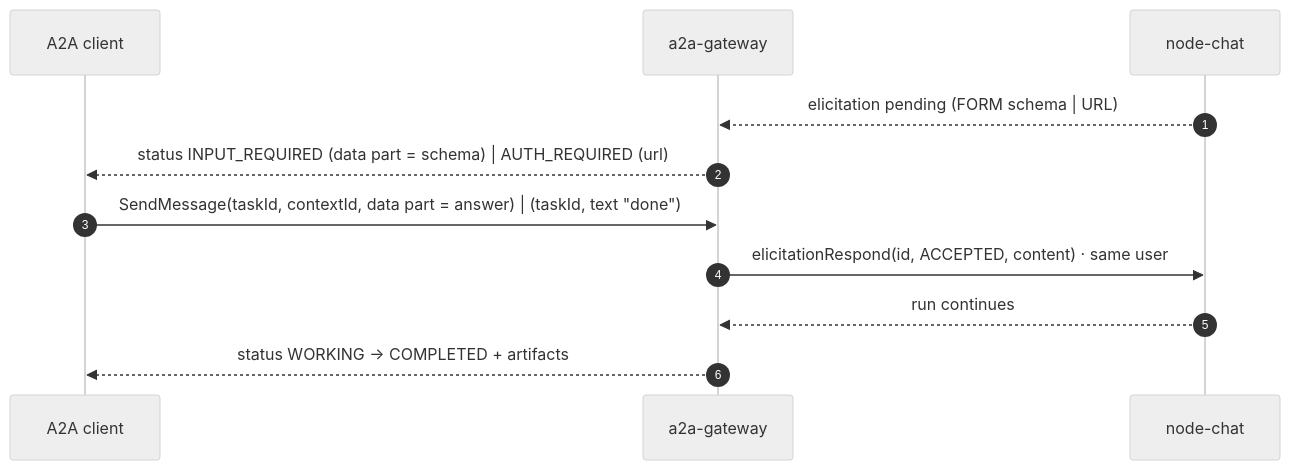
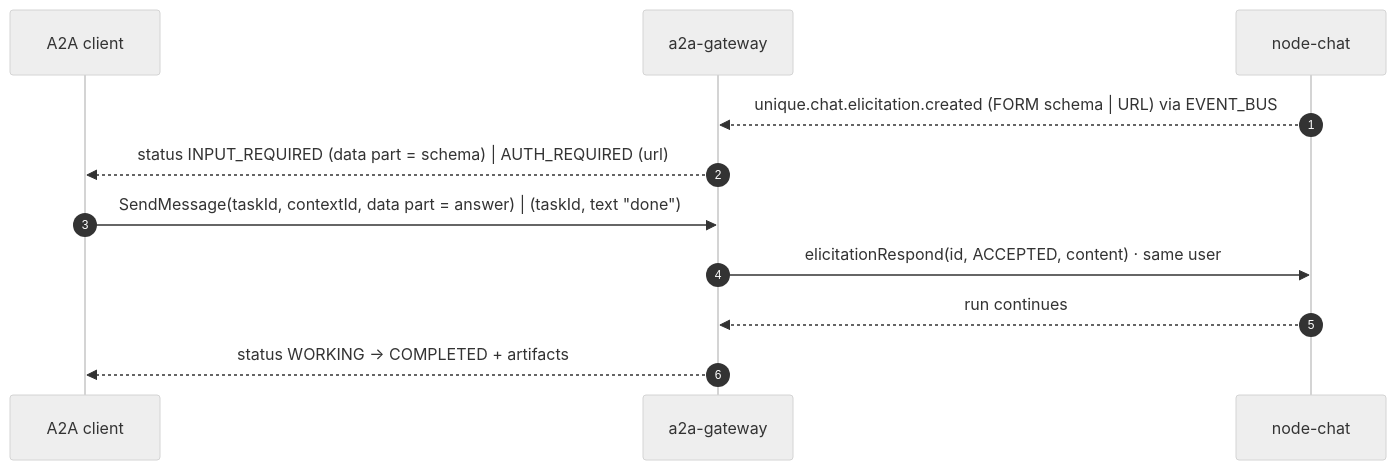
The second of 3 diagrams in services/a2a-gateway/docs/flows.md (Unique-AG/connectors), drawn with Mermaid before and after one commit. The commit also changed other lines of this file and 7 other files, not shown here.

Commit message:
docs(a2a-gateway): apply review decisions (Kong-only auth, event bus, absurd, NestJS 12 ESM, typeid)

````diff
--- a/services/a2a-gateway/docs/flows.md
+++ b/services/a2a-gateway/docs/flows.md
@@ -37,15 +37,15 @@
 ```mermaid
 %%{init: {'theme': 'neutral'}}%%
 sequenceDiagram
     autonumber
     participant C as A2A client
     participant GW as a2a-gateway
     participant Chat as node-chat
 
-    Chat-->>GW: elicitation pending (FORM schema | URL)
+    Chat-->>GW: unique.chat.elicitation.created (FORM schema | URL) via EVENT_BUS
     GW-->>C: status INPUT_REQUIRED (data part = schema) | AUTH_REQUIRED (url)
     C->>GW: SendMessage(taskId, contextId, data part = answer) | (taskId, text "done")
     GW->>Chat: elicitationRespond(id, ACCEPTED, content) · same user
     Chat-->>GW: run continues
     GW-->>C: status WORKING → COMPLETED + artifacts
 ```
````
